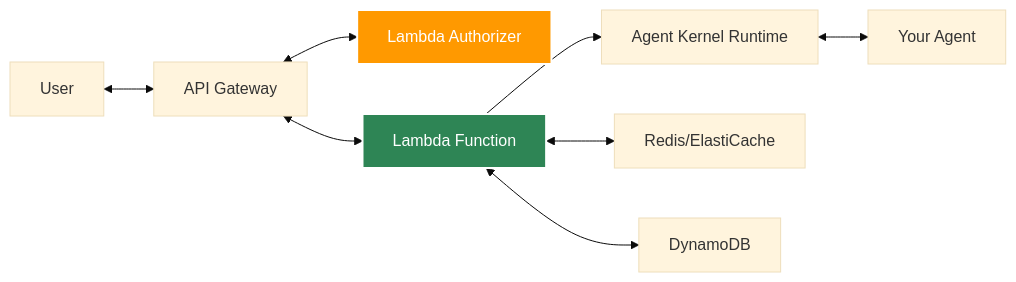
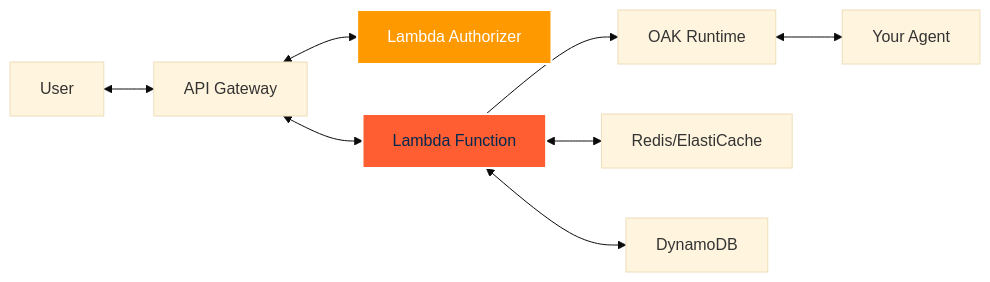
One commit to yaalalabs/agent-kernel changed the first of 6 diagrams in docs/docs/deployment/aws-serverless.md. Above: the diagram before and after it, drawn with Mermaid (base theme). The commit also changed other lines of this file and 444 other files, not shown here.

````diff
--- a/docs/docs/deployment/aws-serverless.md
+++ b/docs/docs/deployment/aws-serverless.md
@@ -30,13 +30,13 @@
 ```mermaid
 graph LR
     A[User] <--> B[API Gateway]
     B <--> C[Lambda Authorizer]
     B <--> D[Lambda Function]
-    D --> E[Agent Kernel Runtime]
+    D --> E[OAK Runtime]
     E <--> F[Your Agent]
     D <--> G[Redis/ElastiCache]
     D <--> H[DynamoDB]
     
     style C fill:#ff9900,stroke:#fff,stroke-width:2px,color:#fff
-    style D fill:#2e8555,stroke:#fff,stroke-width:2px,color:#fff
+    style D fill:#FF5E32,stroke:#fff,stroke-width:2px,color:#02284F
 ```
````
